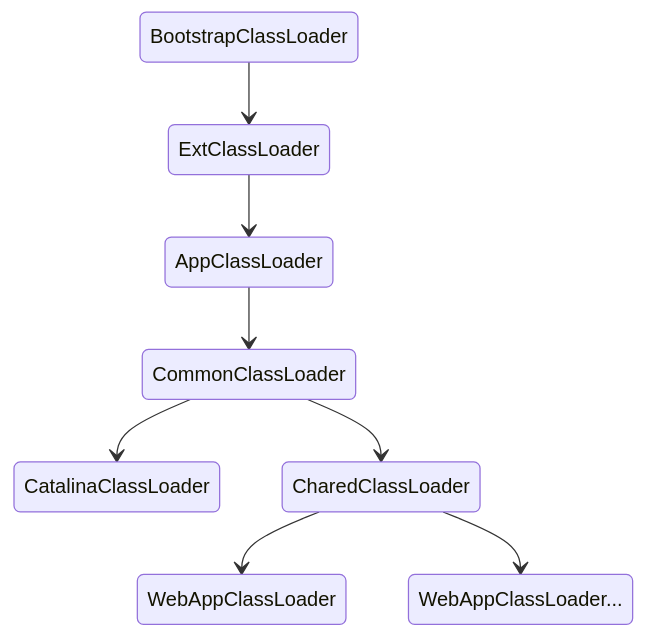
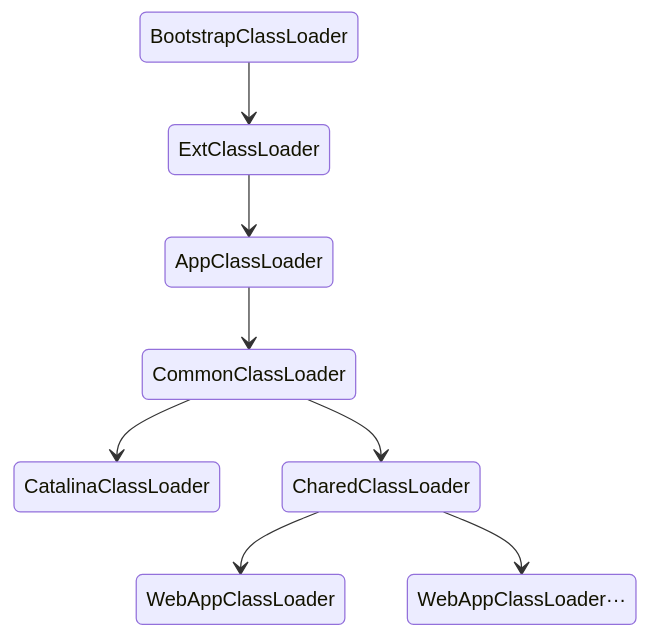
The second of 2 diagrams in content/docs/tomcat.md (songchuanrang/songchuanrang.github.io), drawn with Mermaid before and after one commit. The commit also changed other lines of this file and 2 other files, not shown here.

Commit message:
init config

````diff
--- a/content/docs/tomcat.md
+++ b/content/docs/tomcat.md
@@ -563,10 +563,10 @@
 ```mermaid
 stateDiagram
 BootstrapClassLoader --> ExtClassLoader
 ExtClassLoader--> AppClassLoader
 AppClassLoader --> CommonClassLoader
 CommonClassLoader --> CatalinaClassLoader
 CommonClassLoader --> CharedClassLoader
 CharedClassLoader --> WebAppClassLoader
-CharedClassLoader --> WebAppClassLoader...
+CharedClassLoader --> WebAppClassLoader···
 ```
````
